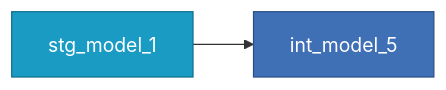
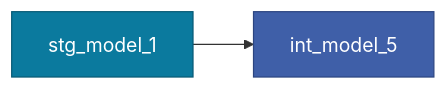
Before and after one commit to dbt-labs/dbt-project-evaluator: diagram 11 of 21 in docs/rules/modeling.md, drawn with Mermaid. The commit also changed other lines of this file and 6 other files, not shown here.

Commit message:
Readable Mermaid diagrams in both color schemes; scope the source selection note to dbt check

````diff
--- a/docs/rules/modeling.md
+++ b/docs/rules/modeling.md
@@ -411,8 +411,8 @@
 ```mermaid
 flowchart LR
-    classDef staging fill:#1a9bc4,stroke:#0e6f8f,color:#fff
-    classDef intermediate fill:#3f6fb5,stroke:#2a4f87,color:#fff
+    classDef staging fill:#0b7a9e,stroke:#085a75,color:#fff
+    classDef intermediate fill:#3f5fa8,stroke:#2c4580,color:#fff
     stg_model_1["stg_model_1"]:::staging
     int_model_5["int_model_5"]:::intermediate
     stg_model_1 --> int_model_5
 ```
````
